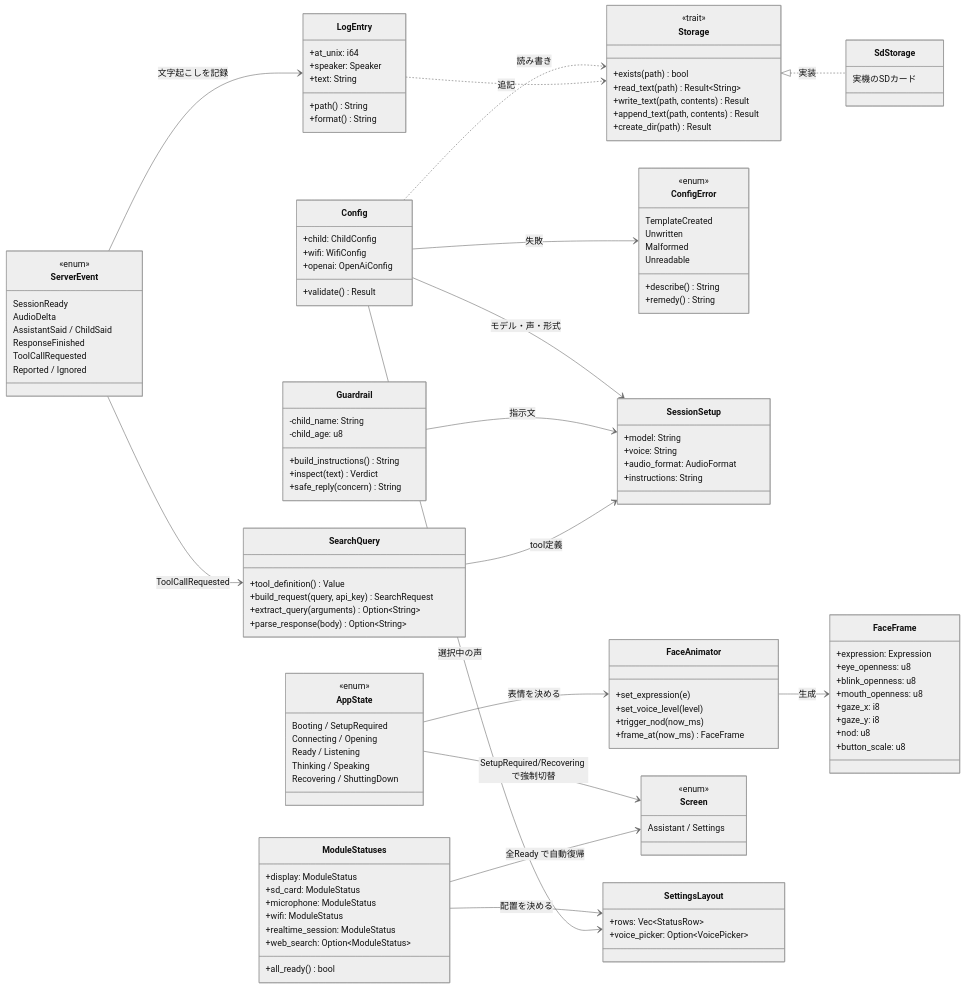
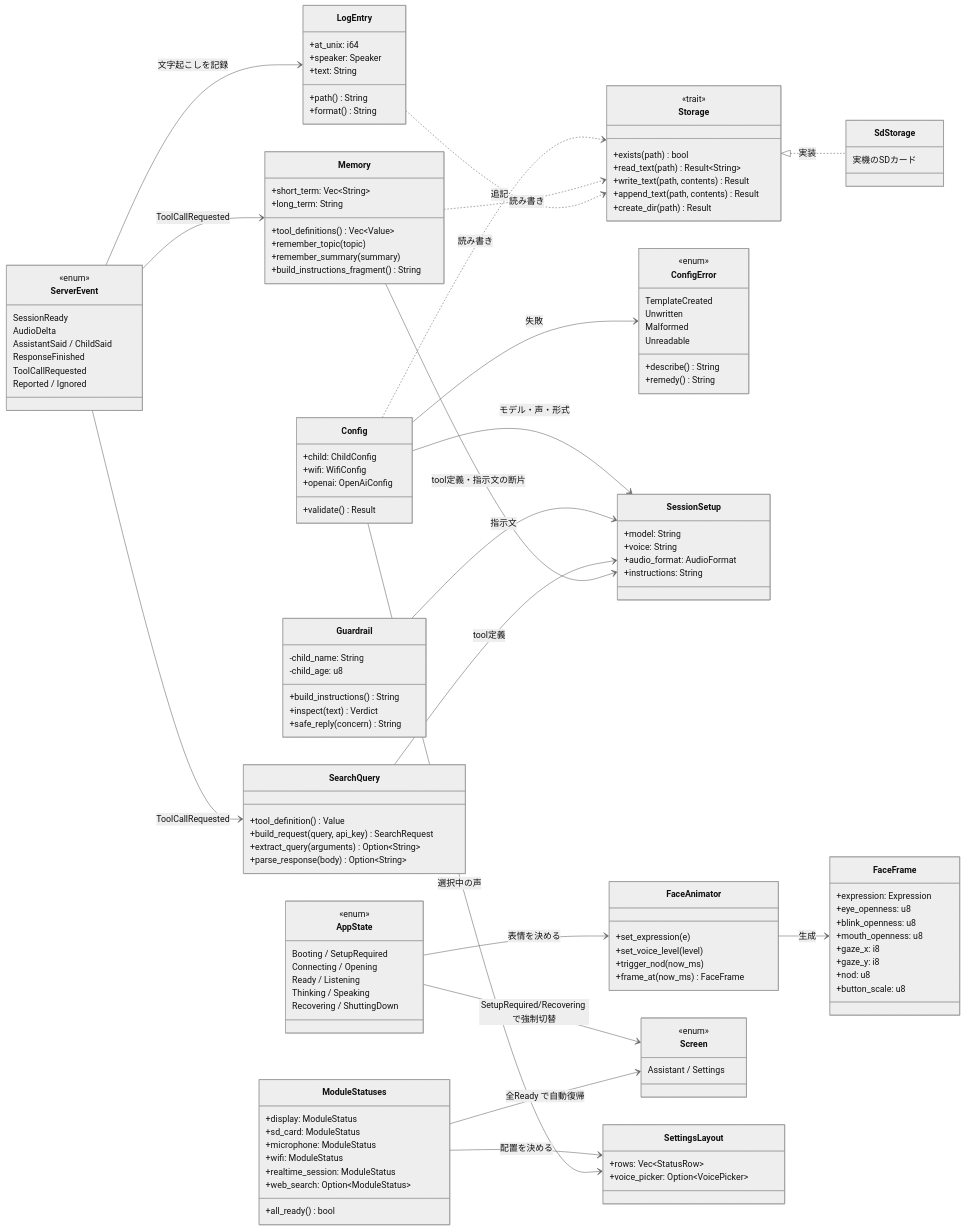
Before and after one commit to kibou-vision/m5a: the second of 2 diagrams in docs/design/architecture.md, drawn with Mermaid (neutral theme). The commit also changed other lines of this file and 6 other files, not shown here.

```diff
--- a/docs/design/architecture.md
+++ b/docs/design/architecture.md
@@ -100,6 +100,15 @@
     +parse_response(body) Option~String~
   }
 
+  class Memory {
+    +short_term: Vec~String~
+    +long_term: String
+    +tool_definitions() Vec~Value~
+    +remember_topic(topic)
+    +remember_summary(summary)
+    +build_instructions_fragment() String
+  }
+
   class FaceAnimator {
     +set_expression(e)
     +set_voice_level(level)
@@ -157,6 +166,9 @@
   Guardrail --> SessionSetup : 指示文
   SearchQuery --> SessionSetup : tool定義
   ServerEvent --> SearchQuery : ToolCallRequested
+  Memory --> SessionSetup : tool定義・指示文の断片
+  ServerEvent --> Memory : ToolCallRequested
+  Memory ..> Storage : 読み書き
   AppState --> FaceAnimator : 表情を決める
   FaceAnimator --> FaceFrame : 生成
   ServerEvent --> LogEntry : 文字起こしを記録
```
